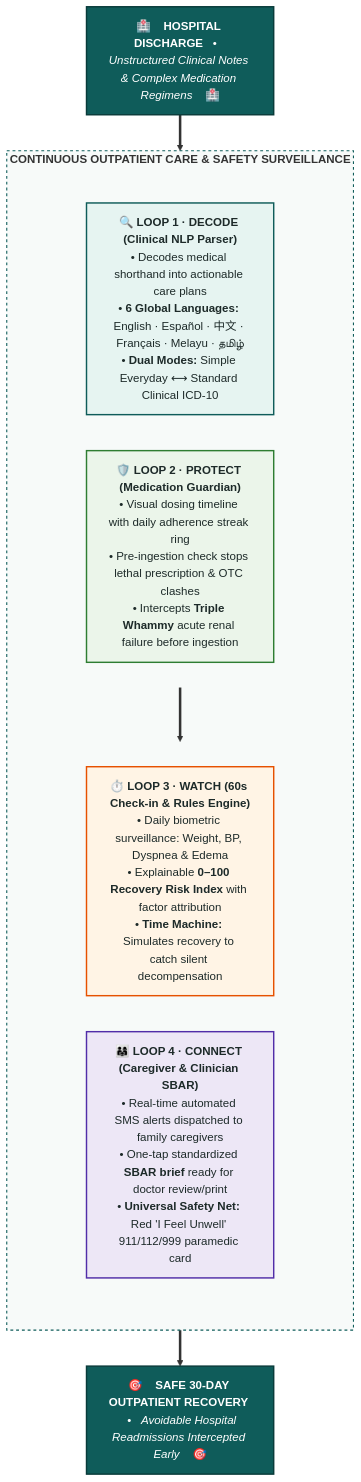
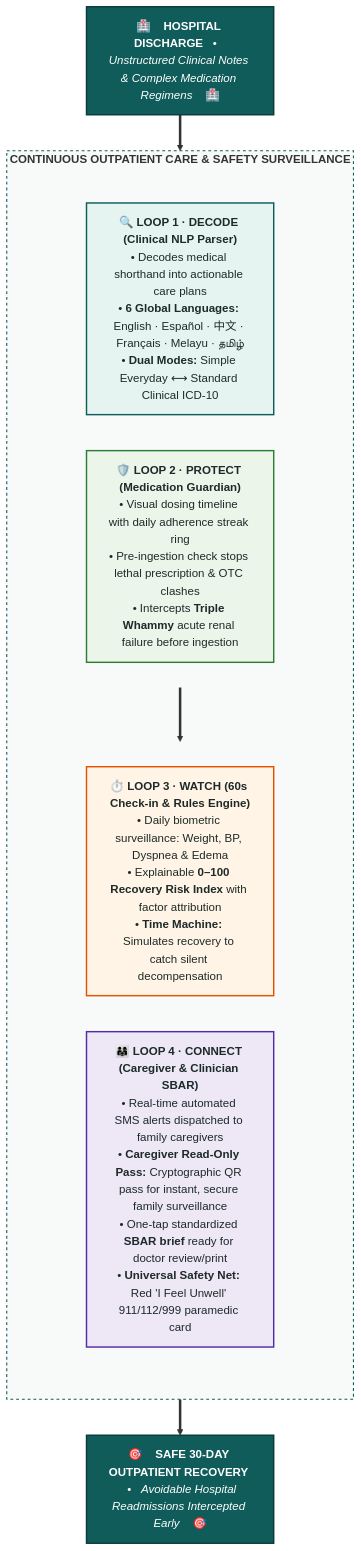
One commit to ShaunJee/CareLoop changed the diagram in README.md. Above: the diagram before and after it, drawn with Mermaid. The commit also changed other lines of this file and 3 other files, not shown here.

Commit message:
feat: add caregiver cryptographic pass URL and read-only patient dashboard summary

````diff
--- a/README.md
+++ b/README.md
@@ -43,34 +43,34 @@
 ```mermaid
 flowchart TD
     Discharge["🏥 &nbsp;&nbsp; <b>HOSPITAL DISCHARGE</b> &nbsp;&nbsp;•&nbsp;&nbsp; <i>Unstructured Clinical Notes & Complex Medication Regimens</i> &nbsp;&nbsp; 🏥"]
 
     subgraph CareLoops ["<b>CONTINUOUS OUTPATIENT CARE & SAFETY SURVEILLANCE</b>"]
         direction TB
         subgraph Row1 [" "]
             direction LR
             L1["🔍 <b>LOOP 1 · DECODE (Clinical NLP Parser)</b><br/>• Decodes medical shorthand into actionable care plans<br/>• <b>6 Global Languages:</b> English · Español · 中文 · Français · Melayu · தமிழ்<br/>• <b>Dual Modes:</b> Simple Everyday ⟷ Standard Clinical ICD-10"]
             L2["🛡️ <b>LOOP 2 · PROTECT (Medication Guardian)</b><br/>• Visual dosing timeline with daily adherence streak ring<br/>• Pre-ingestion check stops lethal prescription & OTC clashes<br/>• Intercepts <b>Triple Whammy</b> acute renal failure before ingestion"]
         end
         subgraph Row2 [" "]
             direction LR
             L3["⏱️ <b>LOOP 3 · WATCH (60s Check-in & Rules Engine)</b><br/>• Daily biometric surveillance: Weight, BP, Dyspnea & Edema<br/>• Explainable <b>0–100 Recovery Risk Index</b> with factor attribution<br/>• <b>Time Machine:</b> Simulates recovery to catch silent decompensation"]
-            L4["👨‍👩‍👧 <b>LOOP 4 · CONNECT (Caregiver & Clinician SBAR)</b><br/>• Real-time automated SMS alerts dispatched to family caregivers<br/>• One-tap standardized <b>SBAR brief</b> ready for doctor review/print<br/>• <b>Universal Safety Net:</b> Red 'I Feel Unwell' 911/112/999 paramedic card"]
+            L4["👨‍👩‍👧 <b>LOOP 4 · CONNECT (Caregiver & Clinician SBAR)</b><br/>• Real-time automated SMS alerts dispatched to family caregivers<br/>• <b>Caregiver Read-Only Pass:</b> Cryptographic QR pass for instant, secure family surveillance<br/>• One-tap standardized <b>SBAR brief</b> ready for doctor review/print<br/>• <b>Universal Safety Net:</b> Red 'I Feel Unwell' 911/112/999 paramedic card"]
         end
         Row1 ==> Row2
     end
 
     Outcome["🎯 &nbsp;&nbsp; <b>SAFE 30-DAY OUTPATIENT RECOVERY</b> &nbsp;&nbsp;•&nbsp;&nbsp; <i>Avoidable Hospital Readmissions Intercepted Early</i> &nbsp;&nbsp; 🎯"]
 
     Discharge ==> Row1
     Row2 ==> Outcome
 
     style Discharge fill:#0F5C5A,stroke:#093B3A,stroke-width:2px,color:#FFFFFF
     style Outcome fill:#0F5C5A,stroke:#093B3A,stroke-width:2px,color:#FFFFFF
     style CareLoops fill:#F7FAF9,stroke:#0F5C5A,stroke-width:1.5px,stroke-dasharray: 4 4
     style Row1 fill:transparent,stroke:transparent
     style Row2 fill:transparent,stroke:transparent
     style L1 fill:#E6F4F1,stroke:#0F5C5A,stroke-width:2px,color:#1D2A29
     style L2 fill:#EBF5EA,stroke:#2E7D32,stroke-width:2px,color:#1D2A29
     style L3 fill:#FFF4E5,stroke:#E65100,stroke-width:2px,color:#1D2A29
     style L4 fill:#EDE7F6,stroke:#512DA8,stroke-width:2px,color:#1D2A29
 ```
````
